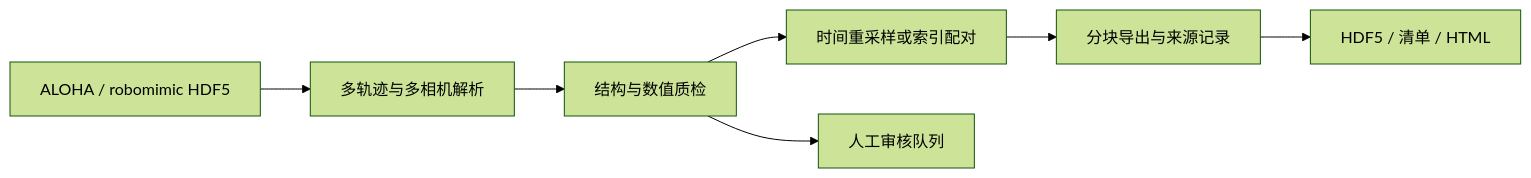
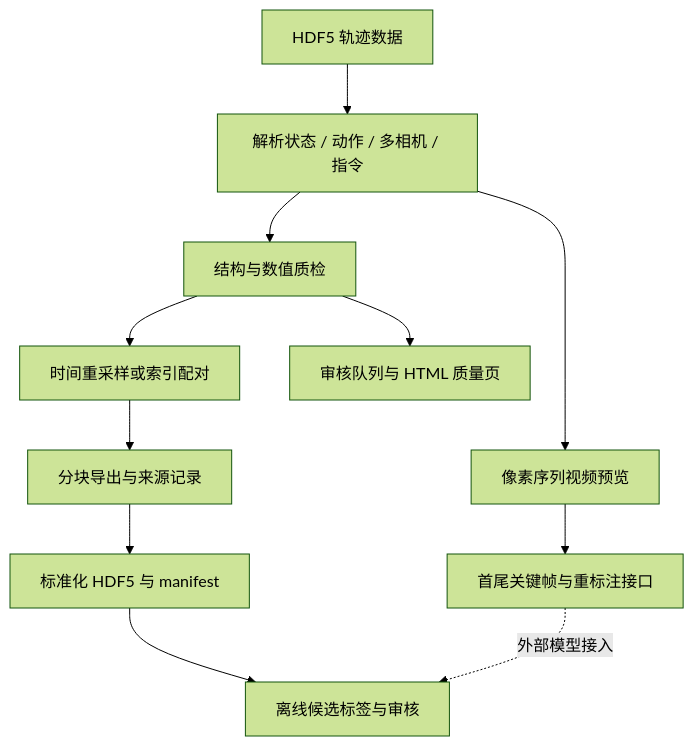
The diagram in README.md (capswell/TrajGuard), drawn with Mermaid (forest theme) before and after one commit. The commit also changed other lines of this file and 1 other file, not shown here.

````diff
--- a/README.md
+++ b/README.md
@@ -47,9 +35,13 @@
 ```mermaid
-flowchart LR
-    A[ALOHA / robomimic HDF5] --> B[多轨迹与多相机解析]
+flowchart TD
+    A[HDF5 轨迹数据] --> B[解析状态 / 动作 / 多相机 / 指令]
     B --> C[结构与数值质检]
     C --> D[时间重采样或索引配对]
     D --> E[分块导出与来源记录]
-    E --> F[HDF5 / 清单 / HTML]
-    C --> G[人工审核队列]
+    E --> F[标准化 HDF5 与 manifest]
+    C --> G[审核队列与 HTML 质量页]
+    F --> H[离线候选标签与审核]
+    B --> I[像素序列视频预览]
+    I --> J[首尾关键帧与重标注接口]
+    J -. 外部模型接入 .-> H
 ```
````
